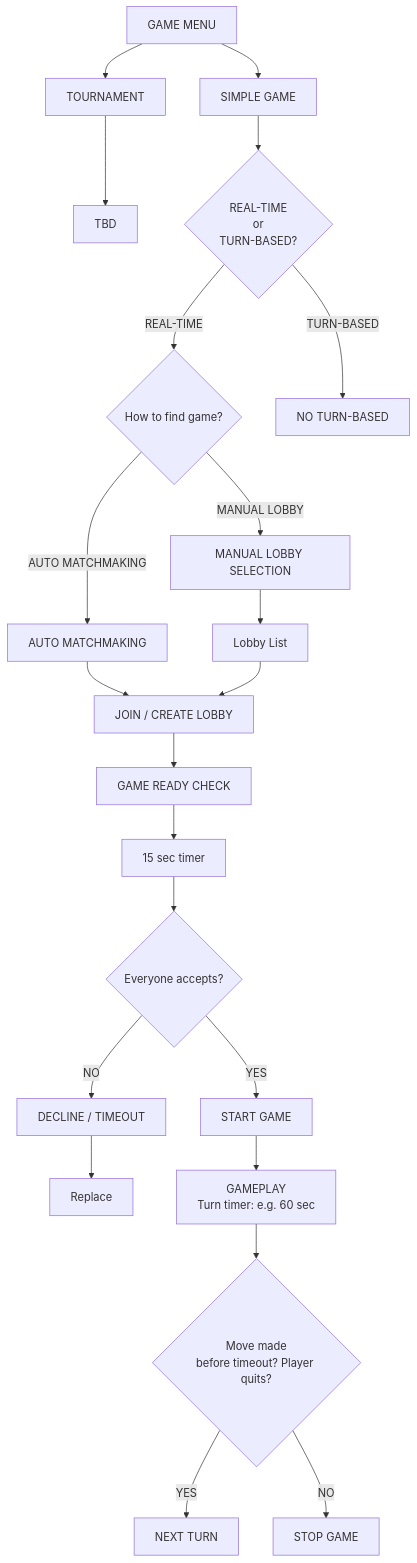
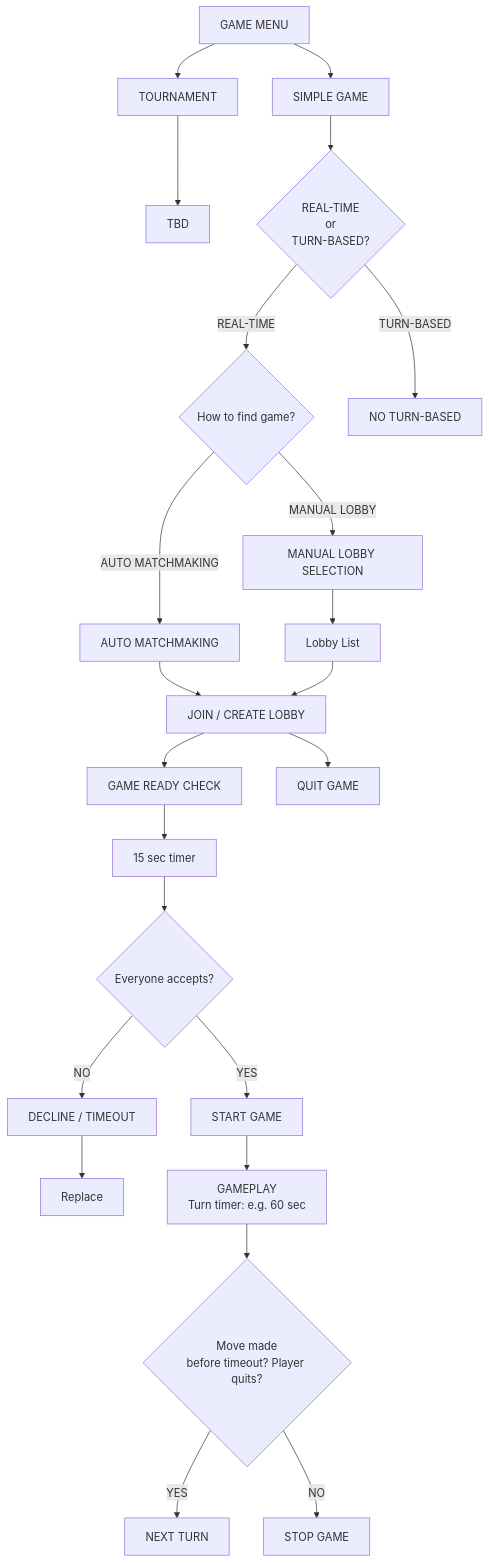
Before and after one commit to DariaLyt/ft_transcendence---Blokus-Online: the diagram in GameMenu.md, drawn with Mermaid. The commit also changed other lines of this file, not shown here.

````diff
--- a/GameMenu.md
+++ b/GameMenu.md
@@ -9,37 +9,38 @@
 ```mermaid
 flowchart TD
     A[GAME MENU] --> B[SIMPLE GAME]
     A --> C[TOURNAMENT]
 
     C --> C1[TBD]
 
     B --> D{REAL-TIME<br/>or<br/>TURN-BASED?}
 
     D -->|REAL-TIME| E{How to find game?}
     D -->|TURN-BASED| D1[NO TURN-BASED]
 
     E -->|AUTO MATCHMAKING| F[AUTO MATCHMAKING]
     E -->|MANUAL LOBBY| G[MANUAL LOBBY SELECTION]
 
     G --> H[Lobby List]
 
     F --> I[JOIN / CREATE LOBBY]
     H --> I
 
-    I --> J[GAME READY CHECK]
-    J --> K[15 sec timer]
+    I --> J1[GAME READY CHECK]
+    I --> J2[QUIT GAME]
+    J1 --> K[15 sec timer]
 
     K --> L{Everyone accepts?}
 
     L -->|YES| M[START GAME]
     L -->|NO| N[DECLINE / TIMEOUT]
 
     N --> O[Replace]
 
     M --> P[GAMEPLAY<br/>Turn timer: e.g. 60 sec]
 
     P --> Q{Move made<br/>before timeout? Player quits?}
 
     Q -->|YES| R[NEXT TURN]
     Q -->|NO| S[STOP GAME]
 ```
````
